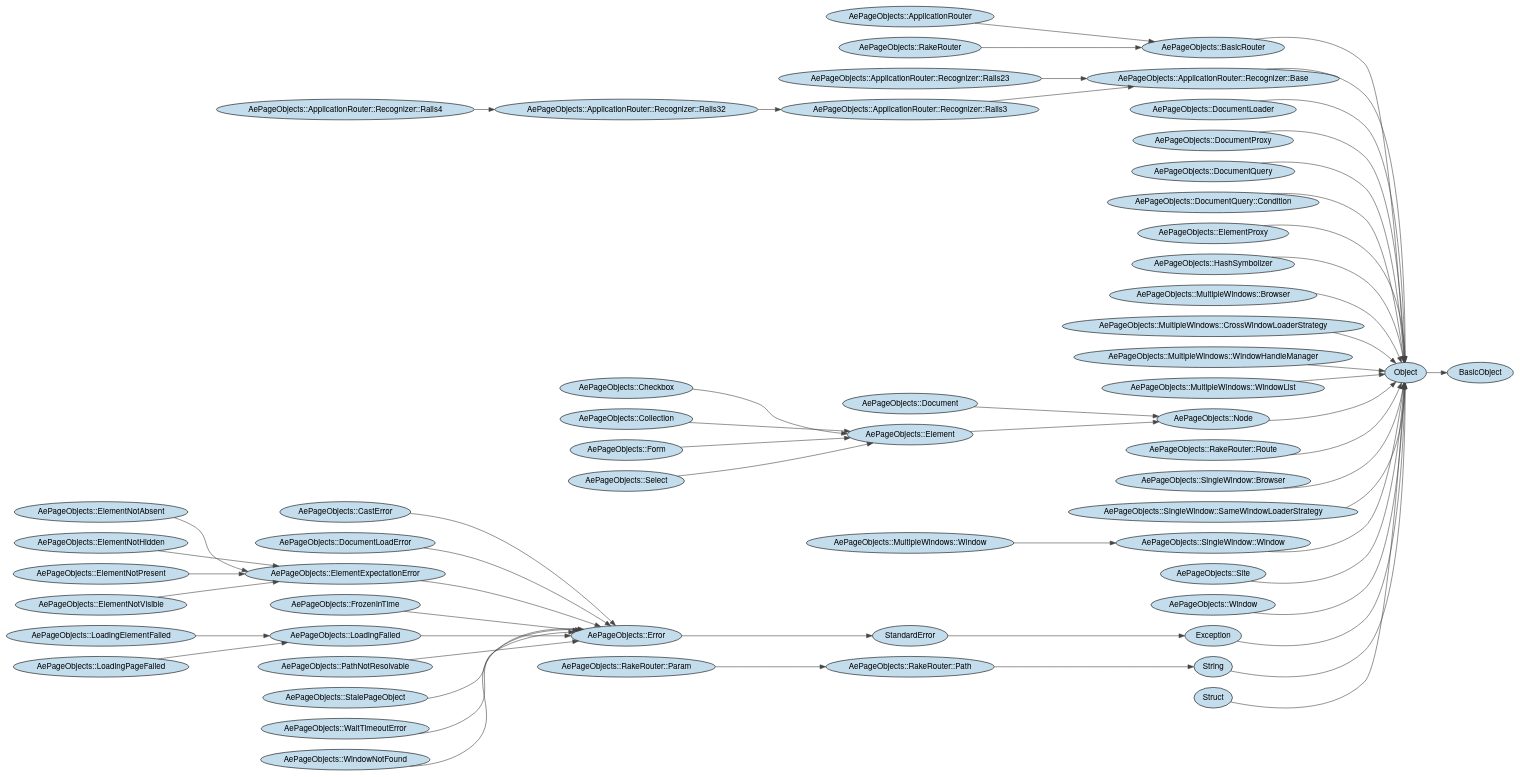
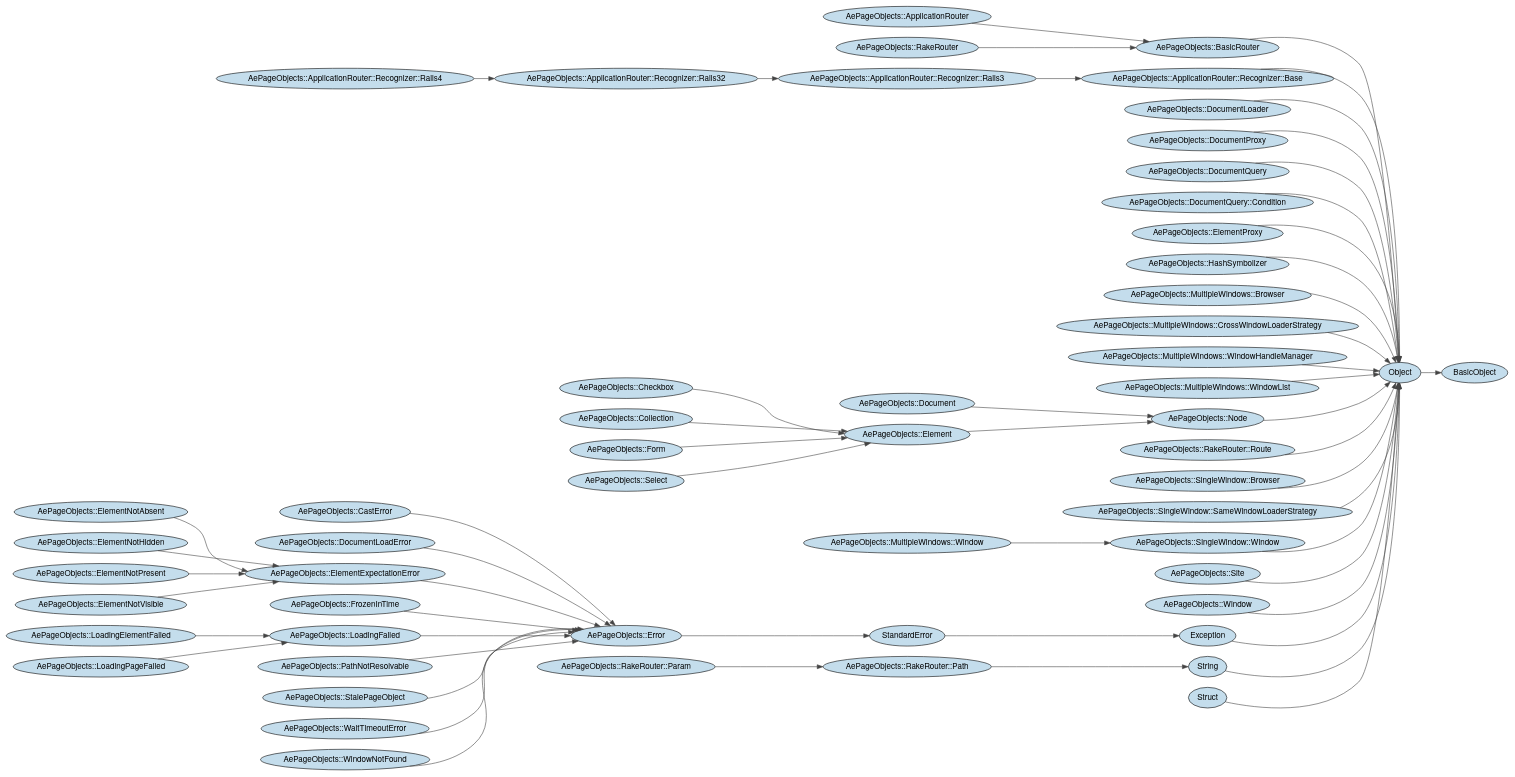
One commit to appfolio/ae_page_objects changed the diagram in etc/aepos.dot. Above: the diagram before and after it, drawn with Graphviz. The commit also changed 77 other files, not shown here.

```diff
--- a/etc/aepos.dot
+++ b/etc/aepos.dot
@@ -1,117 +1,115 @@
 digraph classes {
 	graph [rotate=0, rankdir="LR"]
 	node [fillcolor="#c4ddec", style="filled", fontname="Helvetica Neue"]
 	edge [color="#444444"]
 	#<Class_0x007fb6b9d555f8> [label=""]
 	AePageObjects__ApplicationRouter [label="AePageObjects::ApplicationRouter"]
 	AePageObjects__ApplicationRouter__Recognizer__Base [label="AePageObjects::ApplicationRouter::Recognizer::Base"]
-	AePageObjects__ApplicationRouter__Recognizer__Rails23 [label="AePageObjects::ApplicationRouter::Recognizer::Rails23"]
 	AePageObjects__ApplicationRouter__Recognizer__Rails3 [label="AePageObjects::ApplicationRouter::Recognizer::Rails3"]
 	AePageObjects__ApplicationRouter__Recognizer__Rails32 [label="AePageObjects::ApplicationRouter::Recognizer::Rails32"]
 	AePageObjects__ApplicationRouter__Recognizer__Rails4 [label="AePageObjects::ApplicationRouter::Recognizer::Rails4"]
 	AePageObjects__BasicRouter [label="AePageObjects::BasicRouter"]
 	AePageObjects__CastError [label="AePageObjects::CastError"]
 	AePageObjects__Checkbox [label="AePageObjects::Checkbox"]
 	AePageObjects__Collection [label="AePageObjects::Collection"]
 	AePageObjects__Document [label="AePageObjects::Document"]
 	AePageObjects__DocumentLoadError [label="AePageObjects::DocumentLoadError"]
 	AePageObjects__DocumentLoader [label="AePageObjects::DocumentLoader"]
 	AePageObjects__DocumentProxy [label="AePageObjects::DocumentProxy"]
 	AePageObjects__DocumentQuery [label="AePageObjects::DocumentQuery"]
 	AePageObjects__DocumentQuery__Condition [label="AePageObjects::DocumentQuery::Condition"]
 	AePageObjects__Element [label="AePageObjects::Element"]
 	AePageObjects__ElementExpectationError [label="AePageObjects::ElementExpectationError"]
 	AePageObjects__ElementNotAbsent [label="AePageObjects::ElementNotAbsent"]
 	AePageObjects__ElementNotHidden [label="AePageObjects::ElementNotHidden"]
 	AePageObjects__ElementNotPresent [label="AePageObjects::ElementNotPresent"]
 	AePageObjects__ElementNotVisible [label="AePageObjects::ElementNotVisible"]
 	AePageObjects__ElementProxy [label="AePageObjects::ElementProxy"]
 	AePageObjects__Error [label="AePageObjects::Error"]
 	AePageObjects__Form [label="AePageObjects::Form"]
 	AePageObjects__FrozenInTime [label="AePageObjects::FrozenInTime"]
 	AePageObjects__HashSymbolizer [label="AePageObjects::HashSymbolizer"]
 	AePageObjects__LoadingElementFailed [label="AePageObjects::LoadingElementFailed"]
 	AePageObjects__LoadingFailed [label="AePageObjects::LoadingFailed"]
 	AePageObjects__LoadingPageFailed [label="AePageObjects::LoadingPageFailed"]
 	AePageObjects__MultipleWindows__Browser [label="AePageObjects::MultipleWindows::Browser"]
 	AePageObjects__MultipleWindows__CrossWindowLoaderStrategy [label="AePageObjects::MultipleWindows::CrossWindowLoaderStrategy"]
 	AePageObjects__MultipleWindows__Window [label="AePageObjects::MultipleWindows::Window"]
 	AePageObjects__MultipleWindows__WindowHandleManager [label="AePageObjects::MultipleWindows::WindowHandleManager"]
 	AePageObjects__MultipleWindows__WindowList [label="AePageObjects::MultipleWindows::WindowList"]
 	AePageObjects__Node [label="AePageObjects::Node"]
 	AePageObjects__PathNotResolvable [label="AePageObjects::PathNotResolvable"]
 	AePageObjects__RakeRouter [label="AePageObjects::RakeRouter"]
 	AePageObjects__RakeRouter__Param [label="AePageObjects::RakeRouter::Param"]
 	AePageObjects__RakeRouter__Path [label="AePageObjects::RakeRouter::Path"]
 	AePageObjects__RakeRouter__Route [label="AePageObjects::RakeRouter::Route"]
 	AePageObjects__Select [label="AePageObjects::Select"]
 	AePageObjects__SingleWindow__Browser [label="AePageObjects::SingleWindow::Browser"]
 	AePageObjects__SingleWindow__SameWindowLoaderStrategy [label="AePageObjects::SingleWindow::SameWindowLoaderStrategy"]
 	AePageObjects__SingleWindow__Window [label="AePageObjects::SingleWindow::Window"]
 	AePageObjects__Site [label="AePageObjects::Site"]
 	AePageObjects__StalePageObject [label="AePageObjects::StalePageObject"]
 	AePageObjects__WaitTimeoutError [label="AePageObjects::WaitTimeoutError"]
 	AePageObjects__Window [label="AePageObjects::Window"]
 	AePageObjects__WindowNotFound [label="AePageObjects::WindowNotFound"]
 	Exception [label="Exception"]
 	Object [label="Object"]
 	StandardError [label="StandardError"]
 	String [label="String"]
 	Struct [label="Struct"]
 	#<Class_0x007fb6b9d555f8> -> Struct
 	AePageObjects__ApplicationRouter -> AePageObjects__BasicRouter
 	AePageObjects__ApplicationRouter__Recognizer__Base -> Object
-	AePageObjects__ApplicationRouter__Recognizer__Rails23 -> AePageObjects__ApplicationRouter__Recognizer__Base
 	AePageObjects__ApplicationRouter__Recognizer__Rails3 -> AePageObjects__ApplicationRouter__Recognizer__Base
 	AePageObjects__ApplicationRouter__Recognizer__Rails32 -> AePageObjects__ApplicationRouter__Recognizer__Rails3
 	AePageObjects__ApplicationRouter__Recognizer__Rails4 -> AePageObjects__ApplicationRouter__Recognizer__Rails32
 	AePageObjects__BasicRouter -> Object
 	AePageObjects__CastError -> AePageObjects__Error
 	AePageObjects__Checkbox -> AePageObjects__Element
 	AePageObjects__Collection -> AePageObjects__Element
 	AePageObjects__Document -> AePageObjects__Node
 	AePageObjects__DocumentLoadError -> AePageObjects__Error
 	AePageObjects__DocumentLoader -> Object
 	AePageObjects__DocumentProxy -> Object
 	AePageObjects__DocumentQuery -> Object
 	AePageObjects__DocumentQuery__Condition -> Object
 	AePageObjects__Element -> AePageObjects__Node
 	AePageObjects__ElementExpectationError -> AePageObjects__Error
 	AePageObjects__ElementNotAbsent -> AePageObjects__ElementExpectationError
 	AePageObjects__ElementNotHidden -> AePageObjects__ElementExpectationError
 	AePageObjects__ElementNotPresent -> AePageObjects__ElementExpectationError
 	AePageObjects__ElementNotVisible -> AePageObjects__ElementExpectationError
 	AePageObjects__ElementProxy -> Object
 	AePageObjects__Error -> StandardError
 	AePageObjects__Form -> AePageObjects__Element
 	AePageObjects__FrozenInTime -> AePageObjects__Error
 	AePageObjects__HashSymbolizer -> Object
 	AePageObjects__LoadingElementFailed -> AePageObjects__LoadingFailed
 	AePageObjects__LoadingFailed -> AePageObjects__Error
 	AePageObjects__LoadingPageFailed -> AePageObjects__LoadingFailed
 	AePageObjects__MultipleWindows__Browser -> Object
 	AePageObjects__MultipleWindows__CrossWindowLoaderStrategy -> Object
 	AePageObjects__MultipleWindows__Window -> AePageObjects__SingleWindow__Window
 	AePageObjects__MultipleWindows__WindowHandleManager -> Object
 	AePageObjects__MultipleWindows__WindowList -> Object
 	AePageObjects__Node -> Object
 	AePageObjects__PathNotResolvable -> AePageObjects__Error
 	AePageObjects__RakeRouter -> AePageObjects__BasicRouter
 	AePageObjects__RakeRouter__Param -> #<Class_0x007fb6b9d555f8>
 	AePageObjects__RakeRouter__Path -> String
 	AePageObjects__RakeRouter__Route -> Object
 	AePageObjects__Select -> AePageObjects__Element
 	AePageObjects__SingleWindow__Browser -> Object
 	AePageObjects__SingleWindow__SameWindowLoaderStrategy -> Object
 	AePageObjects__SingleWindow__Window -> Object
 	AePageObjects__Site -> Object
 	AePageObjects__StalePageObject -> AePageObjects__Error
 	AePageObjects__WaitTimeoutError -> AePageObjects__Error
 	AePageObjects__Window -> Object
 	AePageObjects__WindowNotFound -> AePageObjects__Error
 	Exception -> Object
 	Object -> BasicObject
 	StandardError -> Exception
 	String -> Object
 	Struct -> Object
 }
```
